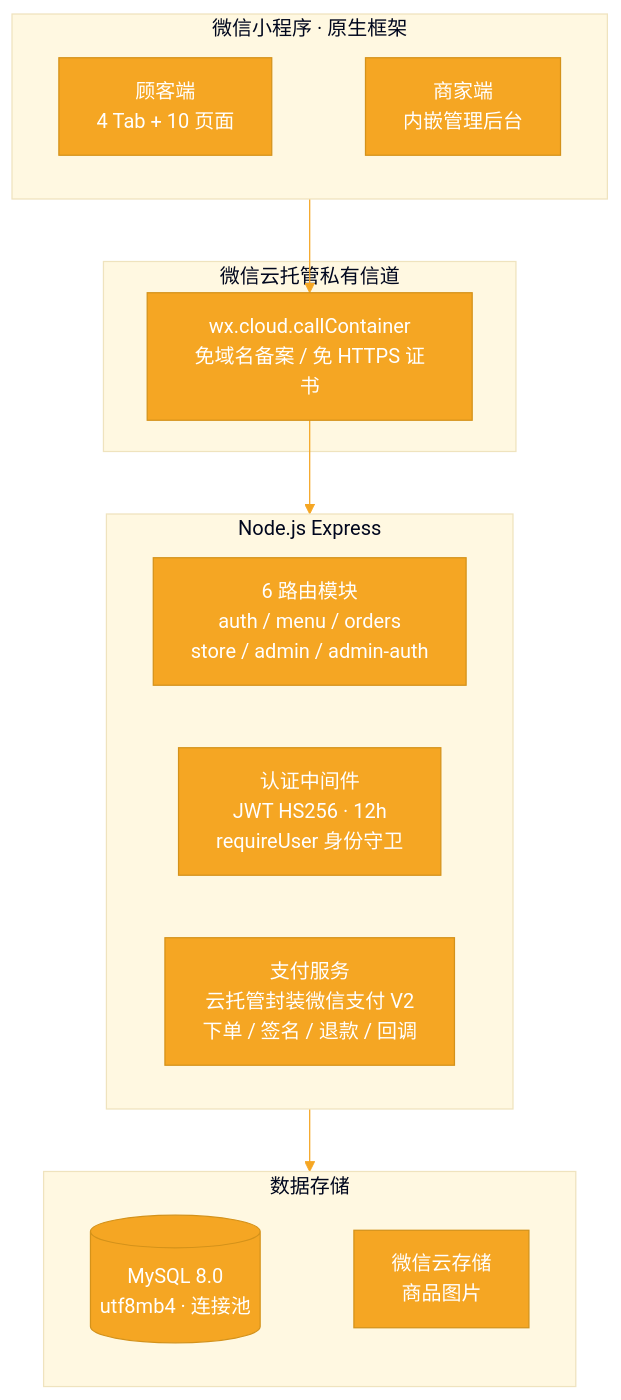
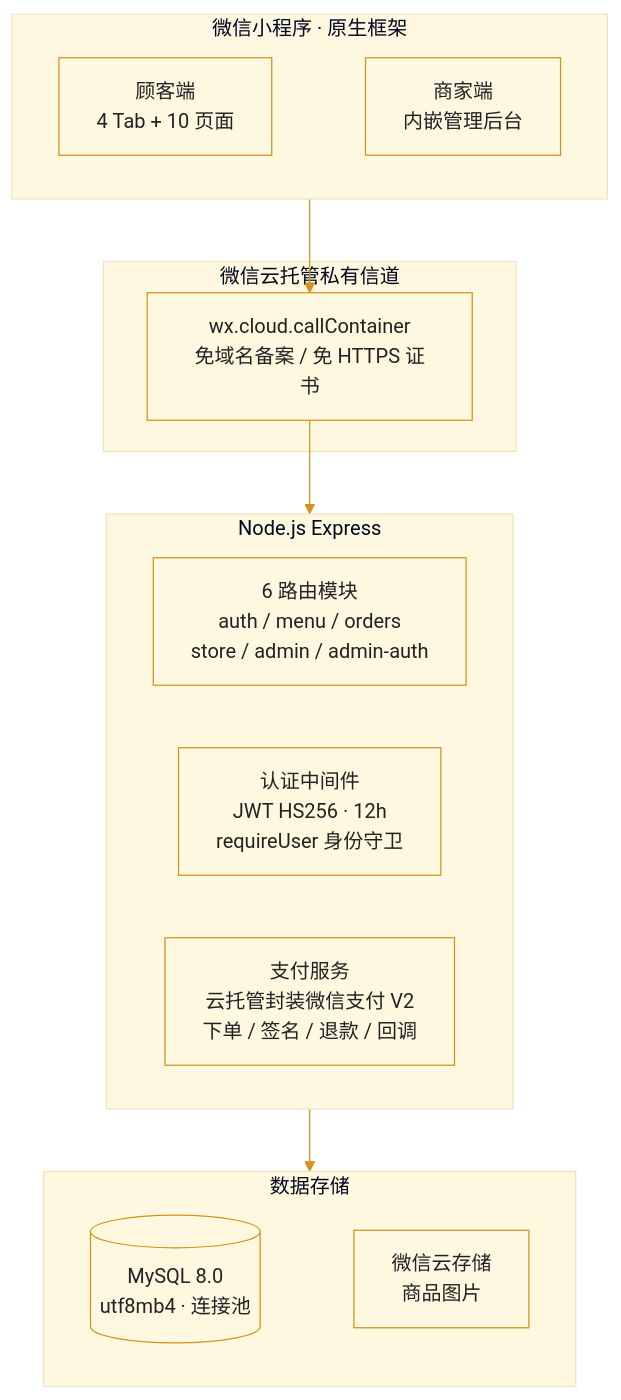
The second of 4 diagrams in README.md (zip-Wu/tasty_bakery), drawn with Mermaid before and after one commit. The commit also changed other lines of this file, not shown here.

Commit message:
docs: Mermaid主题对比度修复 + ER图关系标签改回中文

````diff
--- a/README.md
+++ b/README.md
@@ -110,27 +110,27 @@
 ```mermaid
-%%{init: {'theme': 'base', 'themeVariables': { 'primaryColor': '#f5a623', 'primaryTextColor': '#fff', 'primaryBorderColor': '#d4921a', 'lineColor': '#f5a623', 'secondaryColor': '#ffeb99', 'tertiaryColor': '#fff8e1'}}}%%
+%%{init: {'theme': 'base', 'themeVariables': { 'primaryColor': '#fff8e1', 'primaryTextColor': '#222', 'primaryBorderColor': '#d4921a', 'lineColor': '#d4921a', 'secondaryColor': '#ffeb99', 'tertiaryColor': '#fff8e1', 'textColor': '#222'}}}%%
 flowchart TB
     subgraph 小程序端["微信小程序 · 原生框架"]
         direction LR
         CUST["顾客端<br/>4 Tab + 10 页面"] ~~~ ADM["商家端<br/>内嵌管理后台"]
     end
 
     subgraph 通信层["微信云托管私有信道"]
         CC["wx.cloud.callContainer<br/>免域名备案 / 免 HTTPS 证书"]
     end
 
     subgraph 服务端["Node.js Express"]
         direction LR
         RT["6 路由模块<br/>auth / menu / orders<br/>store / admin / admin-auth"]
         MW["认证中间件<br/>JWT HS256 · 12h<br/>requireUser 身份守卫"]
         PAY["支付服务<br/>云托管封装微信支付 V2<br/>下单 / 签名 / 退款 / 回调"]
     end
 
     subgraph 数据层["数据存储"]
         direction LR
         DB[("MySQL 8.0<br/>utf8mb4 · 连接池")] ~~~ COS["微信云存储<br/>商品图片"]
     end
 
     小程序端 --> CC --> 服务端
     服务端 --> 数据层
 ```
````
